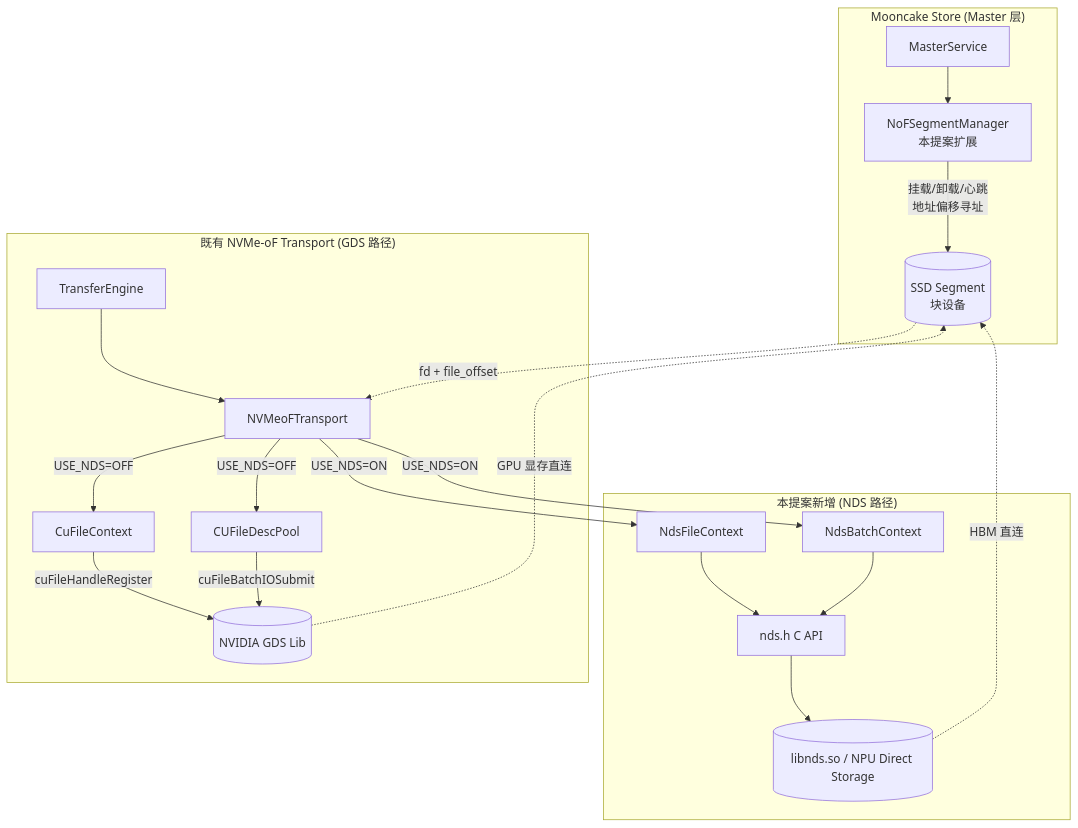
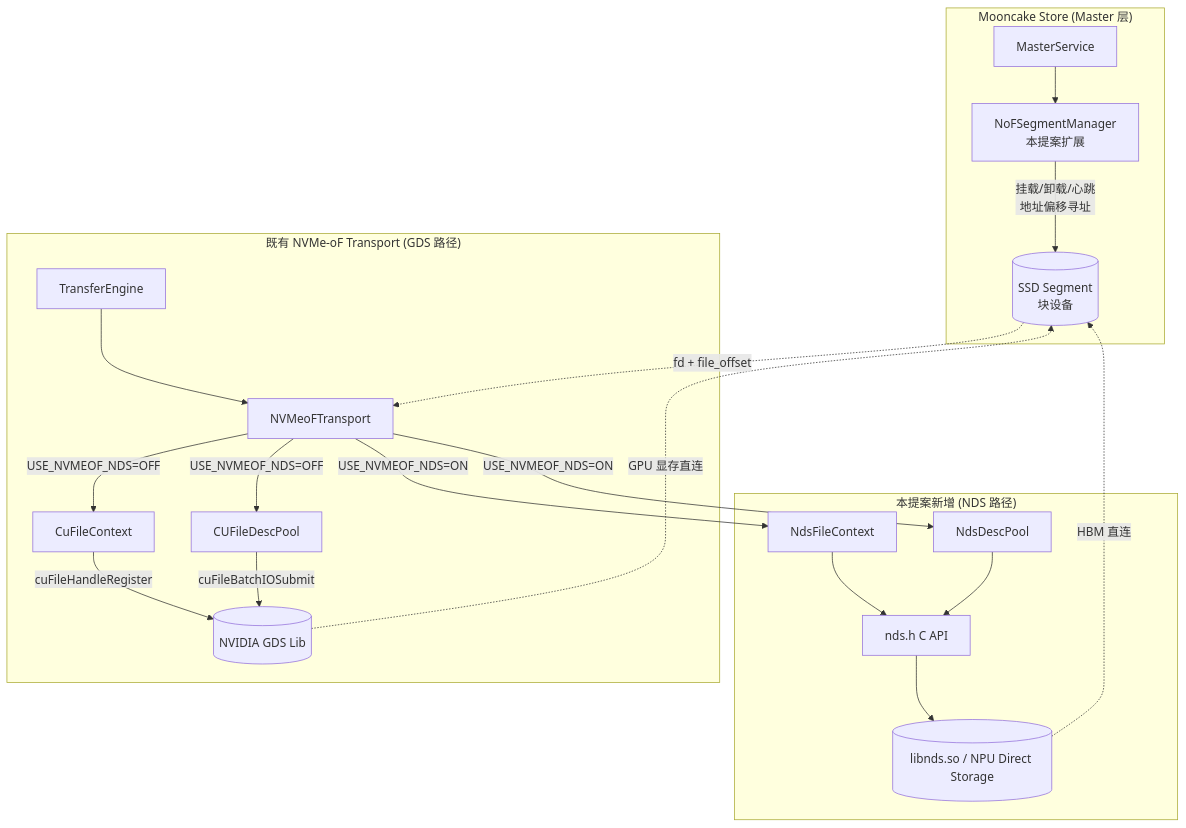
One commit to yz53665/Mooncake changed the first of 17 diagrams in docs/rfc-nds-nvmeof-transport-cn.md. Above: the diagram before and after it, drawn with Mermaid. The commit also changed other lines of this file, not shown here.

````diff
--- a/docs/rfc-nds-nvmeof-transport-cn.md
+++ b/docs/rfc-nds-nvmeof-transport-cn.md
@@ -70,36 +70,36 @@
 ```mermaid
 graph TB
     subgraph Store["Mooncake Store (Master 层)"]
         MS[MasterService]
         NSM[NoFSegmentManager<br/>本提案扩展]
         MS --> NSM
         NSM -->|挂载/卸载/心跳<br/>地址偏移寻址| SEG[(SSD Segment<br/>块设备)]
     end
 
     subgraph Existing["既有 NVMe-oF Transport (GDS 路径)"]
         TE[TransferEngine]
         NVT[NVMeoFTransport]
         CFC[CuFileContext]
         CDP[CUFileDescPool]
         TE --> NVT
-        NVT -->|USE_NDS=OFF| CFC
-        NVT -->|USE_NDS=OFF| CDP
+        NVT -->|USE_NVMEOF_NDS=OFF| CFC
+        NVT -->|USE_NVMEOF_NDS=OFF| CDP
         CFC -->|cuFileHandleRegister| GDS[(NVIDIA GDS Lib)]
         CDP -->|cuFileBatchIOSubmit| GDS
     end
 
     subgraph Proposed["本提案新增 (NDS 路径)"]
         NDS_CTX[NdsFileContext]
-        NDS_BATCH[NdsBatchContext]
+        NDS_BATCH[NdsDescPool]
         NDS_API[nds.h C API]
-        NVT -->|USE_NDS=ON| NDS_CTX
-        NVT -->|USE_NDS=ON| NDS_BATCH
+        NVT -->|USE_NVMEOF_NDS=ON| NDS_CTX
+        NVT -->|USE_NVMEOF_NDS=ON| NDS_BATCH
         NDS_CTX --> NDS_API
         NDS_BATCH --> NDS_API
         NDS_API --> NDSL[(libnds.so / NPU Direct Storage)]
     end
 
     SEG -. fd + file_offset .-> NVT
     NDSL -.HBM 直连.-> SEG
     GDS -.GPU 显存直连.-> SEG
 ```
````
